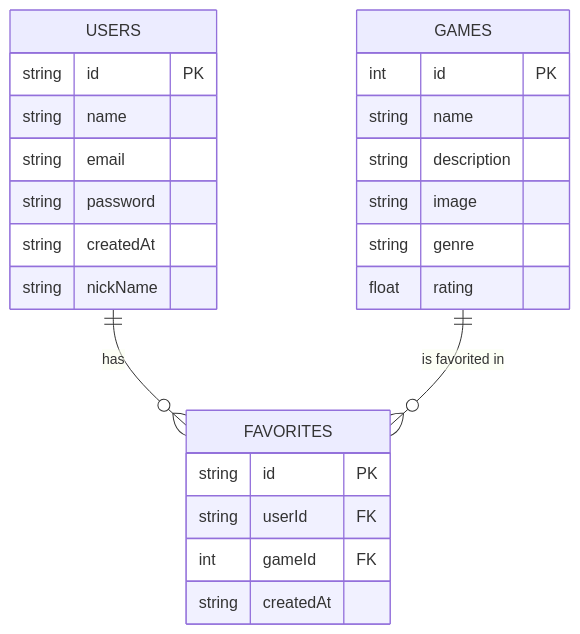
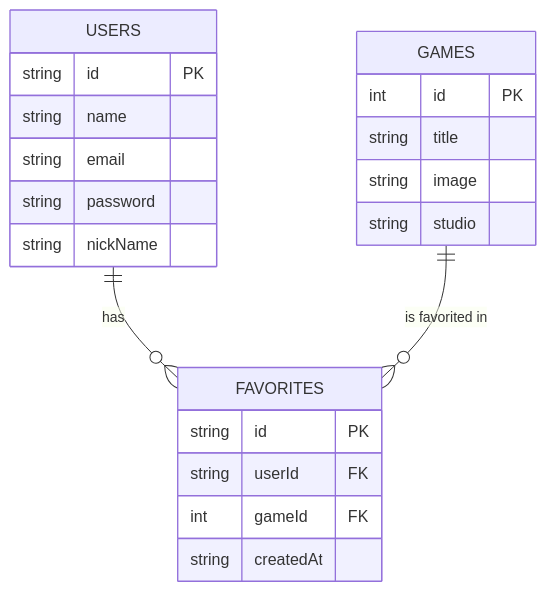
Before and after one commit to geovanegalan/game-vault: the diagram in docs/spec.md, drawn with Mermaid. The commit also changed other lines of this file and 1 other file, not shown here.

````diff
--- a/docs/spec.md
+++ b/docs/spec.md
@@ -11,31 +11,28 @@
 ```mermaid
 erDiagram
 
     USERS {
         string id PK
         string name
         string email
         string password
-        string createdAt
         string nickName
     }
 
     GAMES {
         int id PK
-        string name
-        string description
+        string title
         string image
-        string genre
-        float rating
+        string studio
     }
 
     FAVORITES {
         string id PK
         string userId FK
         int gameId FK
         string createdAt
     }
 
     USERS ||--o{ FAVORITES : "has"
     GAMES ||--o{ FAVORITES : "is favorited in"
 ```
````
